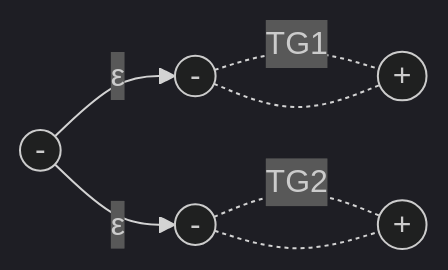
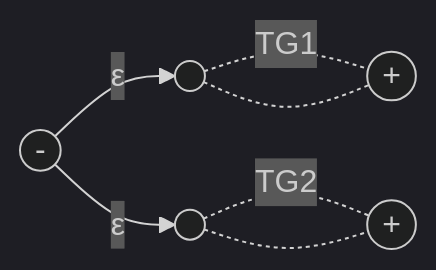
One commit to ufidon/ct changed the second of 29 diagrams in mod1/rl.md. Above: the diagram before and after it, drawn with Mermaid (dark theme). The commit also changed other lines of this file and 1 other file, not shown here.

````diff
--- a/mod1/rl.md
+++ b/mod1/rl.md
@@ -29,9 +36,9 @@
 ```mermaid
 flowchart LR
-s(("-"))-->|ε|p1(("-"))
-s-->|ε|q1(("-"))
+s(("-"))-->|ε|p1((" "))
+s-->|ε|q1((" "))
 p1-.-|TG1|p2(("+"))
 p1-.-p2
 q1-.-|TG2|q2(("+"))
 q1-.-q2
 ```
````
